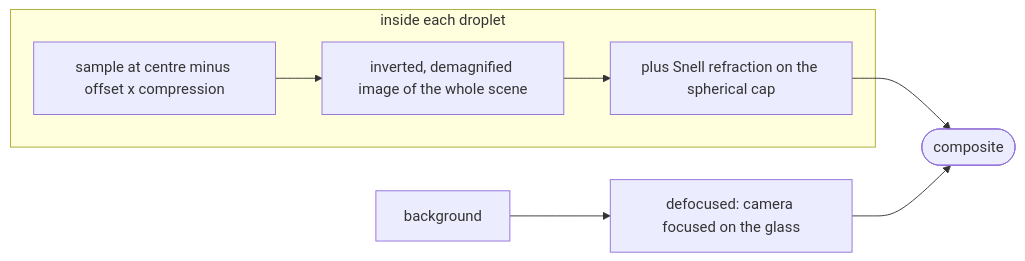
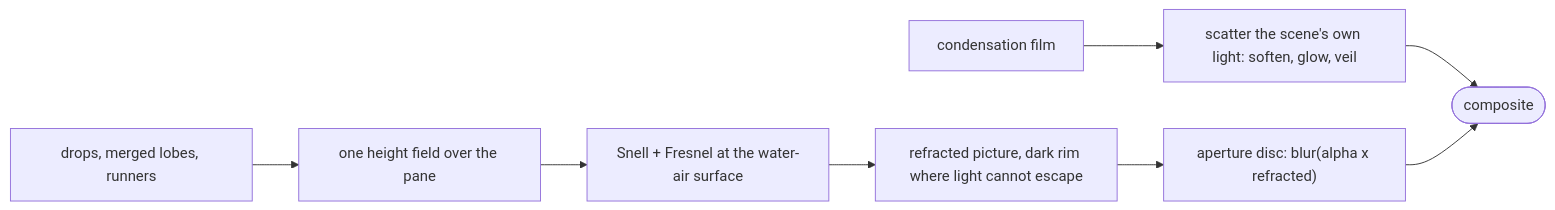
Before and after one commit to desmoteo/surmentations: the tenth of 18 diagrams in docs/how_it_works.md, drawn with Mermaid. The commit also changed other lines of this file and 4 other files, not shown here.

First line of the commit message:
Document the water-on-glass model

````diff
--- a/docs/how_it_works.md
+++ b/docs/how_it_works.md
@@ -303,11 +303,10 @@
 ```mermaid
 flowchart LR
-    subgraph inside["inside each droplet"]
-        S["sample at centre minus offset x compression"]
-        S --> INV["inverted, demagnified image of the whole scene"]
-        INV --> SNELL["plus Snell refraction on the spherical cap"]
-    end
-    BG["background"] --> DEFOCUS["defocused: camera focused on the glass"]
-    SNELL --> OUT([composite])
-    DEFOCUS --> OUT
+    LOBES["drops, merged lobes, runners"] --> SURF["one height field over the pane"]
+    SURF --> SNELL["Snell + Fresnel at the water-air surface"]
+    SNELL --> REFR["refracted picture, dark rim where light cannot escape"]
+    REFR --> DISC["aperture disc: blur(alpha x refracted)"]
+    FILM["condensation film"] --> SCAT["scatter the scene's own light: soften, glow, veil"]
+    SCAT --> OUT([composite])
+    DISC --> OUT
 ```
````
